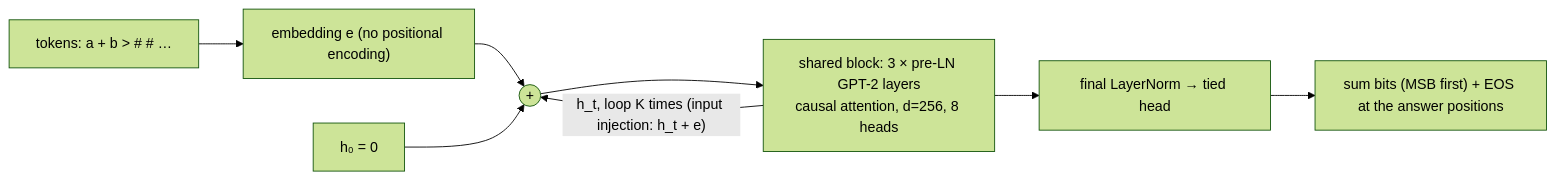
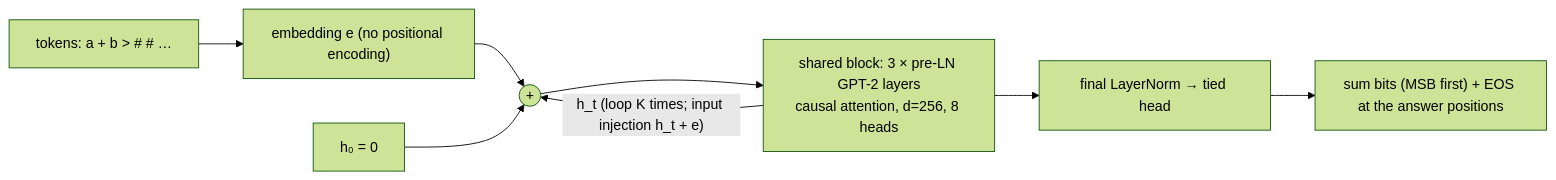
Before and after one commit to BurnyCoder/hessian-training-for-looped-transformers: the first of 2 diagrams in README.md, drawn with Mermaid (forest theme). The commit also changed other lines of this file and 2 other files, not shown here.

````diff
--- a/README.md
+++ b/README.md
@@ -38,10 +52,10 @@
 ```mermaid
 flowchart LR
     X["tokens: a + b > # # …"] --> E["embedding e (no positional encoding)"]
     E --> ADD(("+"))
     H0["h₀ = 0"] --> ADD
     ADD --> B["shared block: 3 × pre-LN GPT-2 layers<br/>causal attention, d=256, 8 heads"]
-    B -->|"h_t, loop K times (input injection: h_t + e)"| ADD
+    B -->|"h_t (loop K times; input injection h_t + e)"| ADD
     B --> LN["final LayerNorm → tied head"]
     LN --> Y["sum bits (MSB first) + EOS at the answer positions"]
 ```
````
